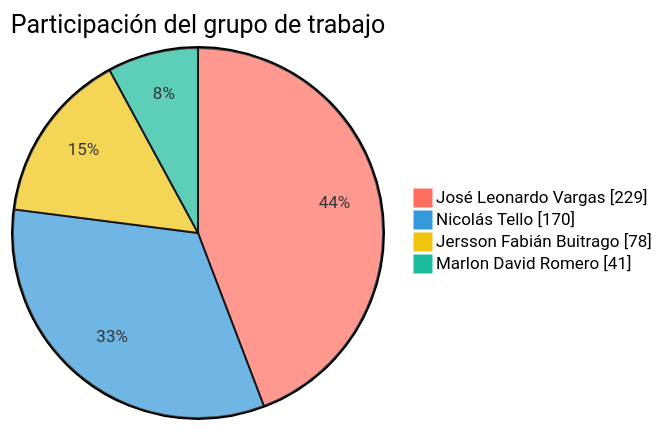
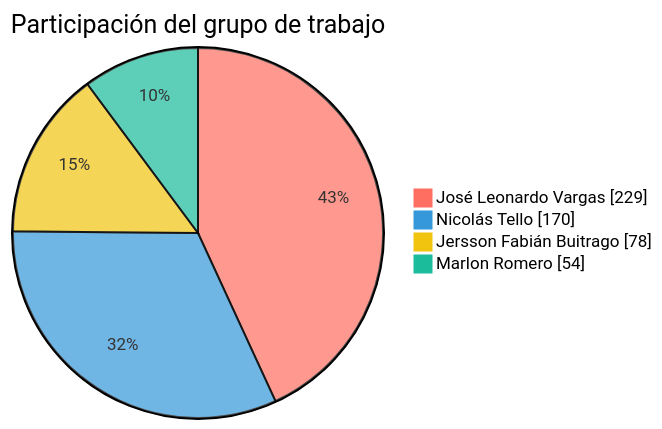
Before and after one commit to FarmaExpres/FarmaExpres: the first of 2 diagrams in README.md, drawn with Mermaid. The commit also changed other lines of this file and 2 other files, not shown here.

````diff
--- a/README.md
+++ b/README.md
@@ -389,9 +389,9 @@
 ```mermaid
 %%{init: {"themeVariables": {"pie1": "#ff6f61", "pie2": "#3498db", "pie3": "#f1c40f", "pie4": "#1abc9c", "pieLabelColor": "#000000", "pieLabelFontSize": "24px", "pieLabelFontWeight": "700"}}}%%
 pie showData
     title Participación del grupo de trabajo
     "José Leonardo Vargas" : 229
     "Nicolás Tello" : 170
     "Jersson Fabián Buitrago" : 78
-    "Marlon David Romero" : 41
+    "Marlon Romero" : 54
 ```
````
